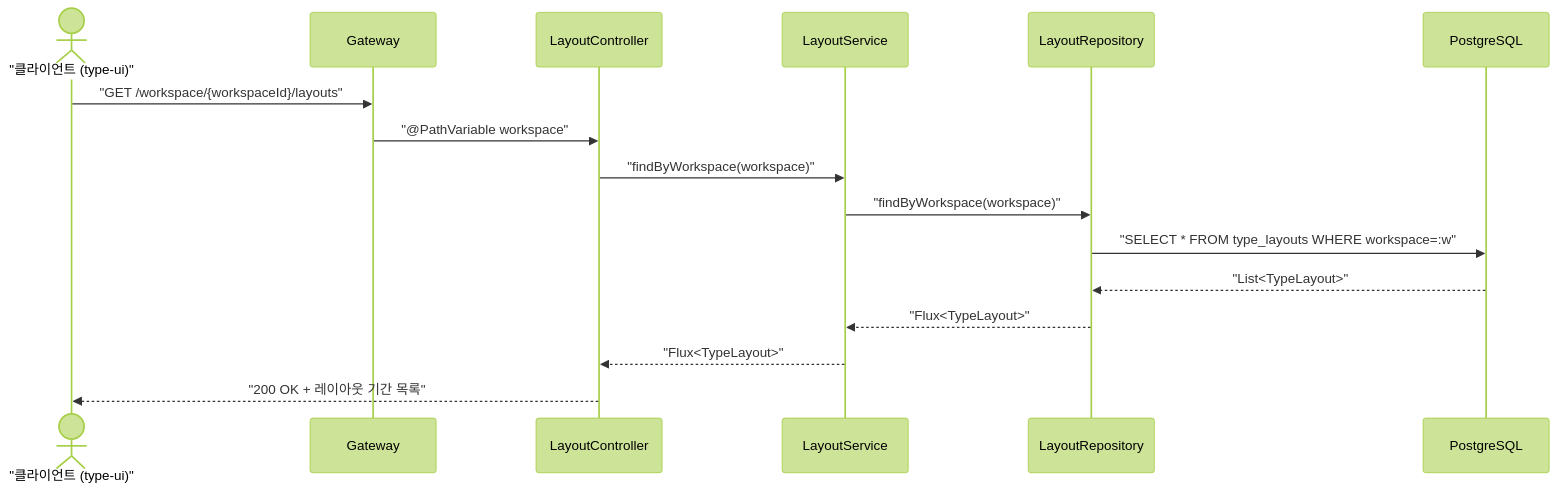
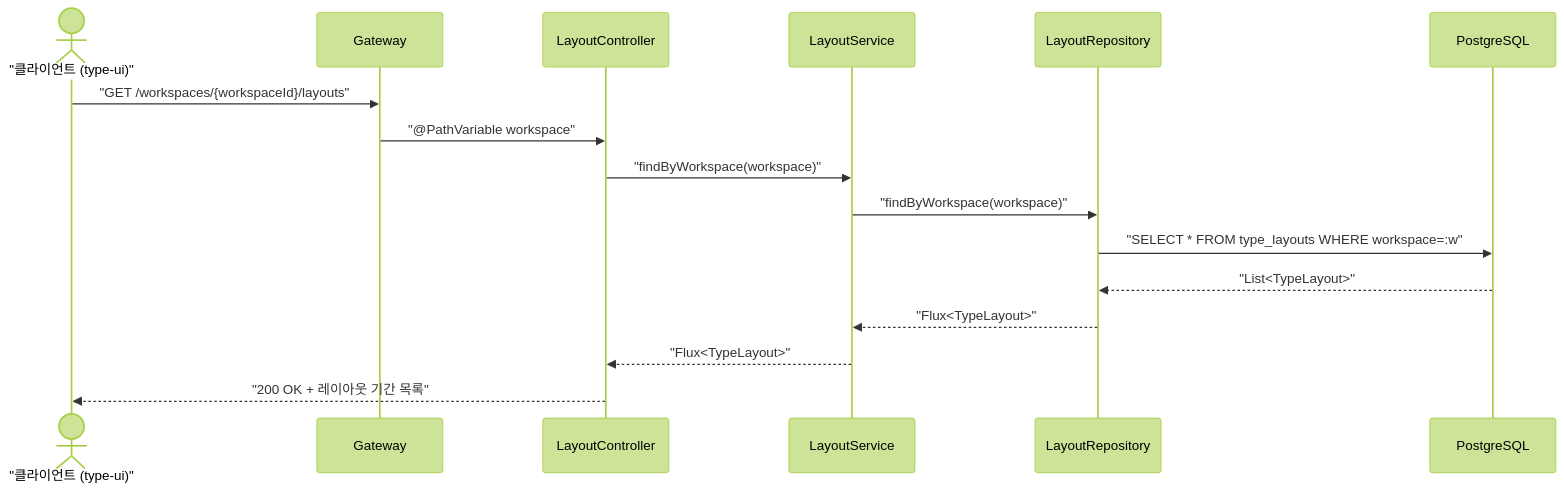
The second of 3 diagrams in type-query/USECASE.md (sayaya1090/handbook), drawn with Mermaid (forest theme) before and after one commit. The commit also changed other lines of this file and 58 other files, not shown here.

````diff
--- a/type-query/USECASE.md
+++ b/type-query/USECASE.md
@@ -34,19 +34,19 @@
 ```mermaid
 sequenceDiagram
     actor Client as "클라이언트 (type-ui)"
     participant GW as Gateway
     participant Ctrl as LayoutController
     participant Svc as LayoutService
     participant Repo as LayoutRepository
     participant DB as PostgreSQL
 
-    Client->>GW: "GET /workspace/{workspaceId}/layouts"
+    Client->>GW: "GET /workspaces/{workspaceId}/layouts"
     GW->>Ctrl: "@PathVariable workspace"
     Ctrl->>Svc: "findByWorkspace(workspace)"
     Svc->>Repo: "findByWorkspace(workspace)"
     Repo->>DB: "SELECT * FROM type_layouts WHERE workspace=:w"
     DB-->>Repo: "List<TypeLayout>"
     Repo-->>Svc: "Flux<TypeLayout>"
     Svc-->>Ctrl: "Flux<TypeLayout>"
     Ctrl-->>Client: "200 OK + 레이아웃 기간 목록"
 ```
````
